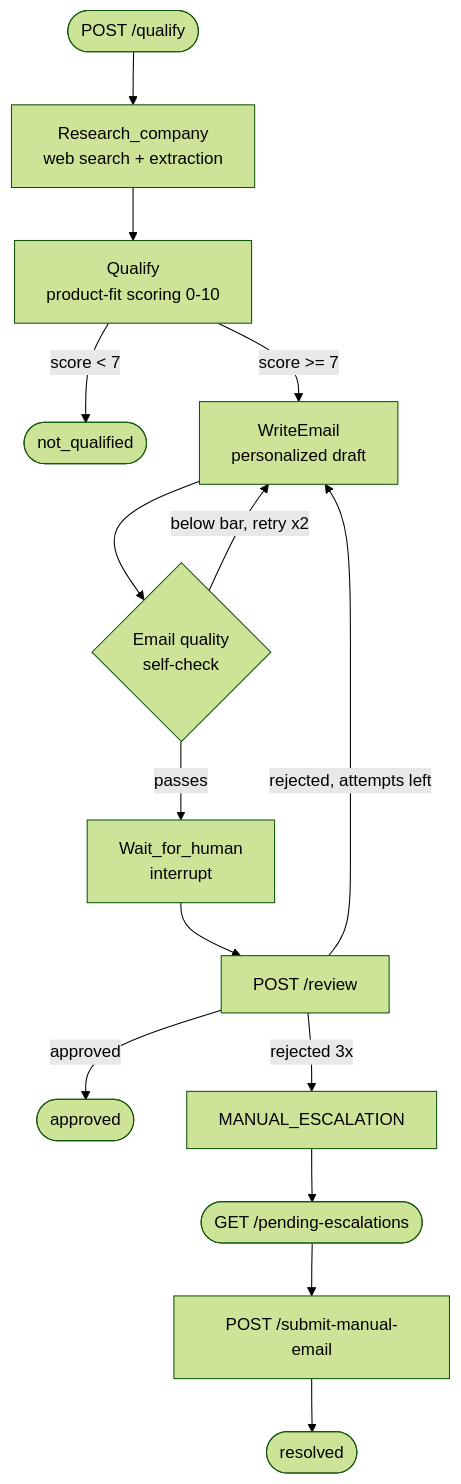
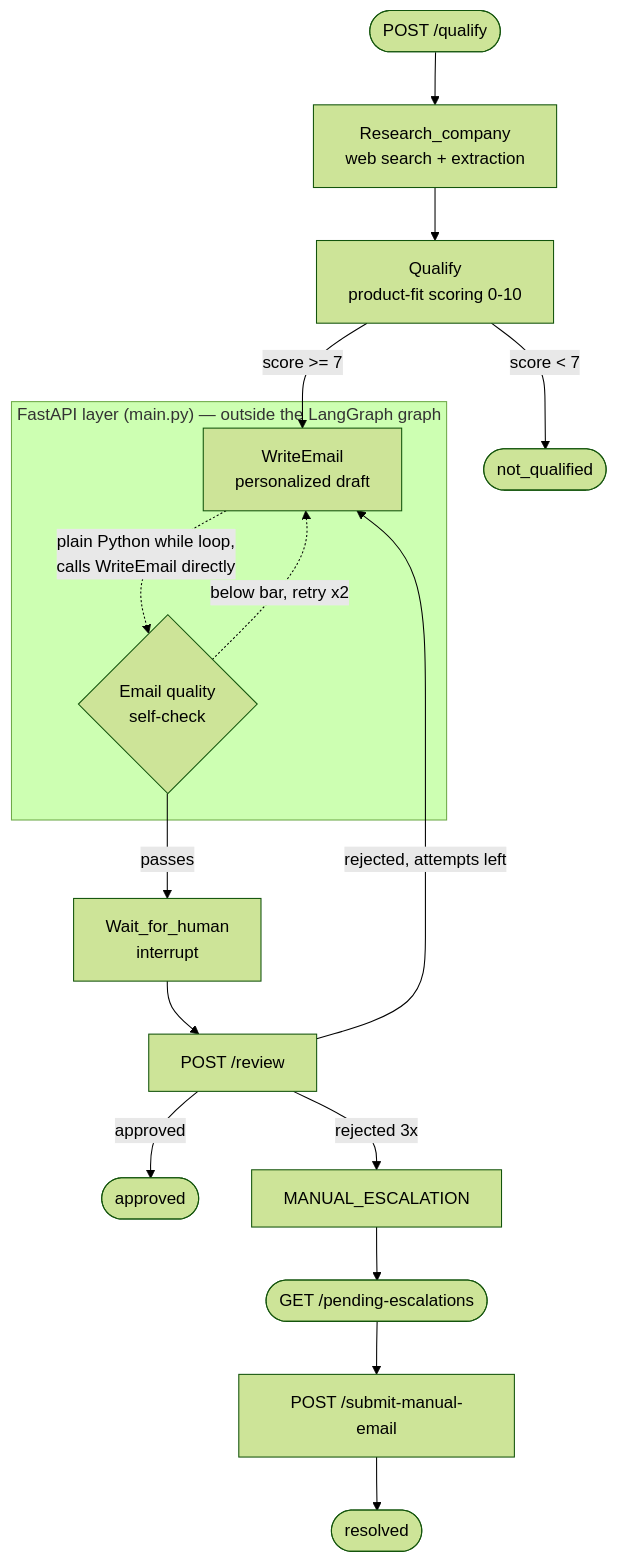
The first of 2 diagrams in README.md (MuhammadAbbas01/lead-intelligence-agent), drawn with Mermaid (forest theme) before and after one commit. The commit also changed other lines of this file, not shown here.

Commit message:
docs: correct diagram and wording - email quality self-check runs in the API layer, not as a graph node

````diff
--- a/README.md
+++ b/README.md
@@ -40,17 +40,21 @@
 ```mermaid
 flowchart TD
     START([POST /qualify]) --> Research[Research_company<br/>web search + extraction]
     Research --> Qualify[Qualify<br/>product-fit scoring 0-10]
     Qualify -->|score < 7| NotQualified([not_qualified])
     Qualify -->|score >= 7| WriteEmail[WriteEmail<br/>personalized draft]
-    WriteEmail --> QualityCheck{Email quality<br/>self-check}
-    QualityCheck -->|below bar, retry x2| WriteEmail
+
+    subgraph API["FastAPI layer (main.py) — outside the LangGraph graph"]
+        WriteEmail -.->|plain Python while loop,<br/>calls WriteEmail directly| QualityCheck{Email quality<br/>self-check}
+        QualityCheck -.->|below bar, retry x2| WriteEmail
+    end
+
     QualityCheck -->|passes| Wait[Wait_for_human<br/>interrupt]
     Wait --> Review[POST /review]
     Review -->|approved| Approved([approved])
     Review -->|rejected, attempts left| WriteEmail
     Review -->|rejected 3x| Escalate[MANUAL_ESCALATION]
     Escalate --> Queue([GET /pending-escalations])
     Queue --> Manual[POST /submit-manual-email]
     Manual --> Resolved([resolved])
 ```
````
